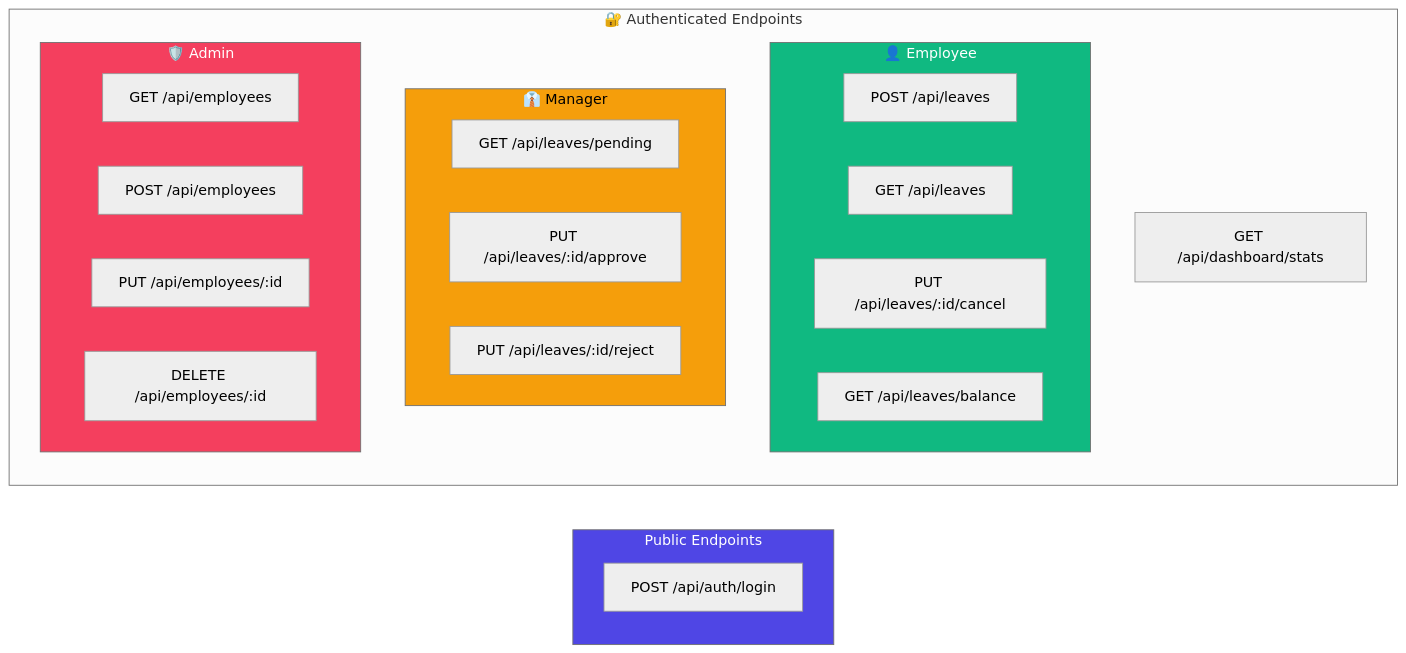
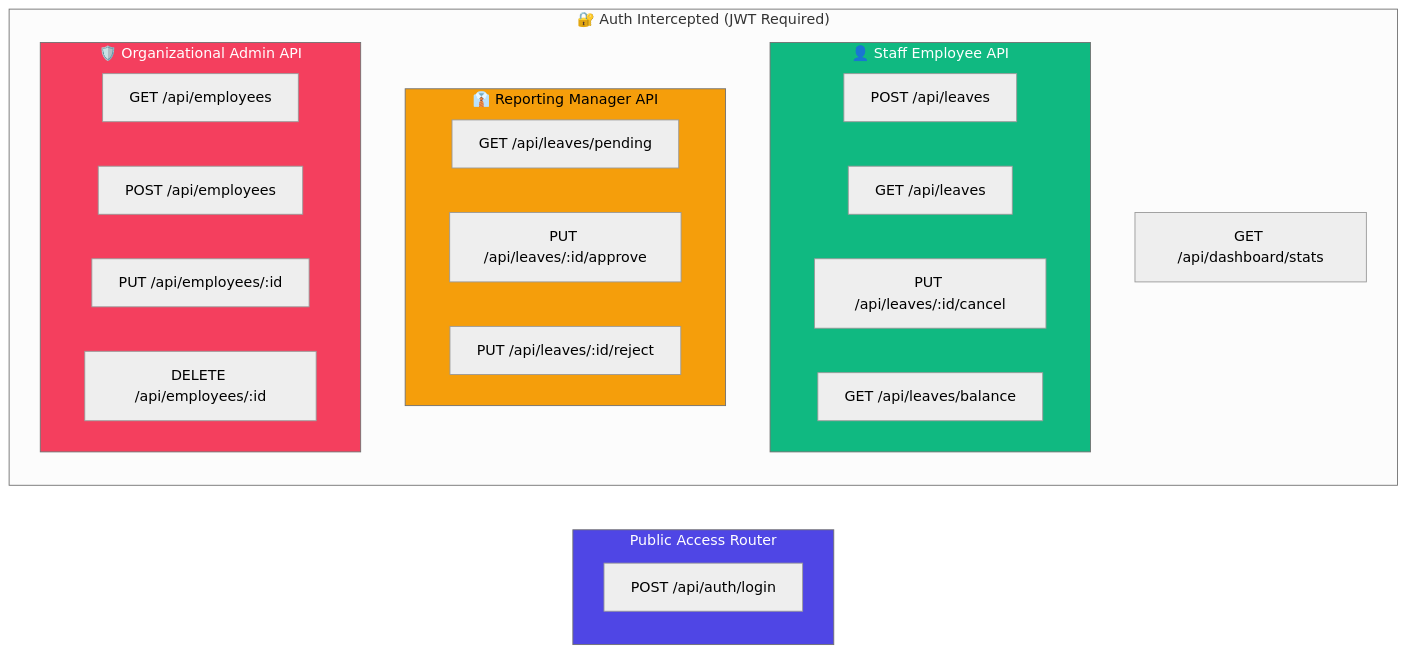
The third of 4 diagrams in docs/04-HLD.md (algorithnicmind/Bookflow-management), drawn with Mermaid (neutral theme) before and after one commit. The commit also changed other lines of this file and 3 other files, not shown here.

Commit message:
feat: implement FastAPI-based authentication system with JWT, role-based access control, and database models.

````diff
--- a/docs/04-HLD.md
+++ b/docs/04-HLD.md
@@ -165,35 +166,35 @@
 ```mermaid
 graph LR
-    subgraph Public["Public Endpoints"]
+    subgraph Public["Public Access Router"]
         L[POST /api/auth/login]
     end
     
-    subgraph Authenticated["🔐 Authenticated Endpoints"]
-        subgraph Employee["👤 Employee"]
+    subgraph Authenticated["🔐 Auth Intercepted (JWT Required)"]
+        subgraph Employee["👤 Staff Employee API"]
             E1[POST /api/leaves]
             E2[GET /api/leaves]
             E3[PUT /api/leaves/:id/cancel]
             E4[GET /api/leaves/balance]
         end
         
-        subgraph ManagerOnly["👔 Manager"]
+        subgraph ManagerOnly["👔 Reporting Manager API"]
             M1[GET /api/leaves/pending]
             M2[PUT /api/leaves/:id/approve]
             M3[PUT /api/leaves/:id/reject]
         end
         
-        subgraph AdminOnly["🛡️ Admin"]
+        subgraph AdminOnly["🛡️ Organizational Admin API"]
             A1[GET /api/employees]
             A2[POST /api/employees]
             A3[PUT /api/employees/:id]
             A4[DELETE /api/employees/:id]
         end
         
         D1[GET /api/dashboard/stats]
     end
     
     style Public fill:#4F46E5,color:#fff
     style Employee fill:#10B981,color:#fff
     style ManagerOnly fill:#F59E0B,color:#000
     style AdminOnly fill:#F43F5E,color:#fff
 ```
````
